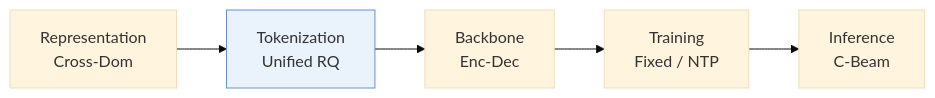
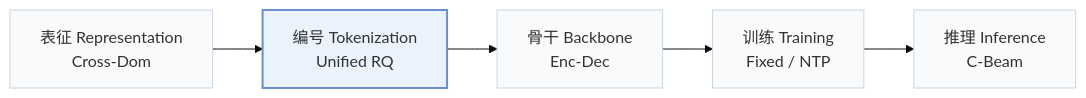
Before and after one commit to Galaxy-ghost/Awesome-SID-Generative-Rec: the first of 3 diagrams in pages/zh/papers/gmc.md, drawn with Mermaid (base theme). The commit also changed other lines of this file and 649 other files, not shown here.

Commit message:
writer-05: also tags and modality index (schema, check, build, visuals); summary field removed; calibration data for 12 papers

````diff
--- a/pages/zh/papers/gmc.md
+++ b/pages/zh/papers/gmc.md
@@ -13,6 +15,8 @@
 ```mermaid
 flowchart LR
-    R["Representation<br/>Cross-Dom"] --> T["Tokenization<br/>Unified RQ"] --> B["Backbone<br/>Enc-Dec"] --> TR["Training<br/>Fixed / NTP"] --> I["Inference<br/>C-Beam"]
-    classDef main fill:#eaf2fb,stroke:#6b8fc7
+    R["表征 Representation<br/>Cross-Dom"] --> T["编号 Tokenization<br/>Unified RQ"] --> B["骨干 Backbone<br/>Enc-Dec"] --> TR["训练 Training<br/>Fixed / NTP"] --> I["推理 Inference<br/>C-Beam"]
+    classDef base fill:#f8fafc,stroke:#cbd5e1
+    class R,T,B,TR,I base
+    classDef main fill:#eaf2fb,stroke:#6b8fc7,stroke-width:2px
     class T main
 ```
````
